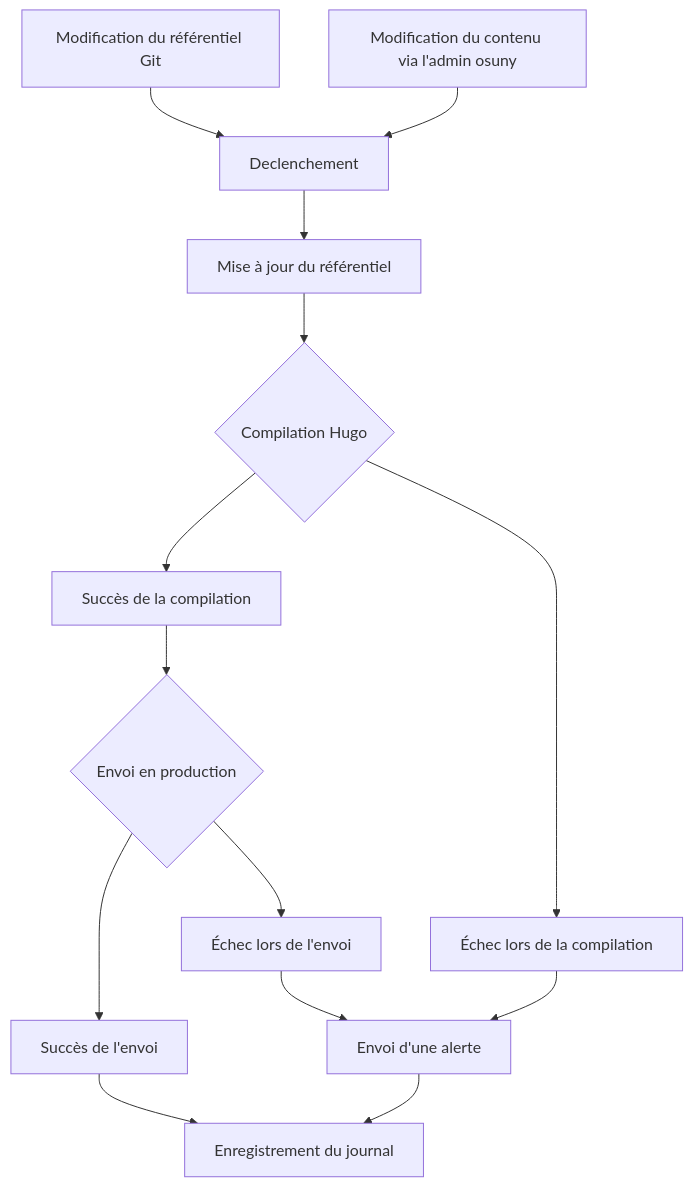
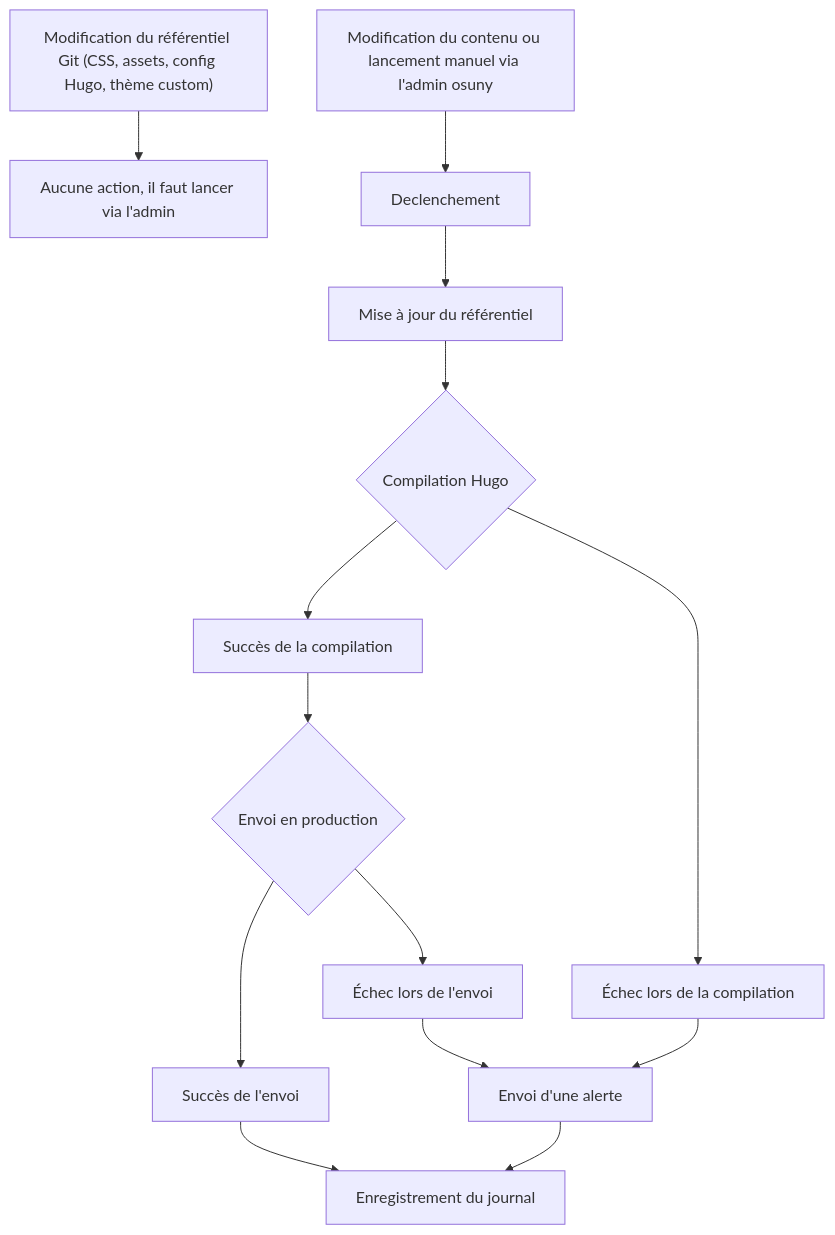
Before and after one commit to osunyorg/developers: the diagram in content/docs/admin/sites-web/publisher/_index.md, drawn with Mermaid. The commit also changed other lines of this file, not shown here.

````diff
--- a/content/docs/admin/sites-web/publisher/_index.md
+++ b/content/docs/admin/sites-web/publisher/_index.md
@@ -27,23 +30,24 @@
 ```mermaid
 graph TD;
-  ModifRepo-->Declenchement
+  ModifRepo-->Rien
   Admin-->Declenchement
   Declenchement-->GitPull-->Compilation
   Compilation-->CompilationOk-->Upload
   Compilation-->CompilationKo-->Alerte
   Upload-->UploadOk-->Log
   Upload-->UploadKo-->Alerte
   Alerte-->Log
 
-  ModifRepo["Modification du référentiel Git"]
-  Admin["Modification du contenu via l'admin osuny"]
+  ModifRepo["Modification du référentiel Git (CSS, assets, config Hugo, thème custom)"]
+  Rien["Aucune action, il faut lancer via l'admin"]
+  Admin["Modification du contenu ou lancement manuel via l'admin osuny"]
   GitPull["Mise à jour du référentiel"]
   Compilation{"Compilation Hugo"}
   CompilationOk["Succès de la compilation"]
   CompilationKo["Échec lors de la compilation"]
   Upload{"Envoi en production"}
   UploadOk["Succès de l'envoi"]
   UploadKo["Échec lors de l'envoi"]
   Alerte["Envoi d'une alerte"]
   Log["Enregistrement du journal"]
 ```
````
